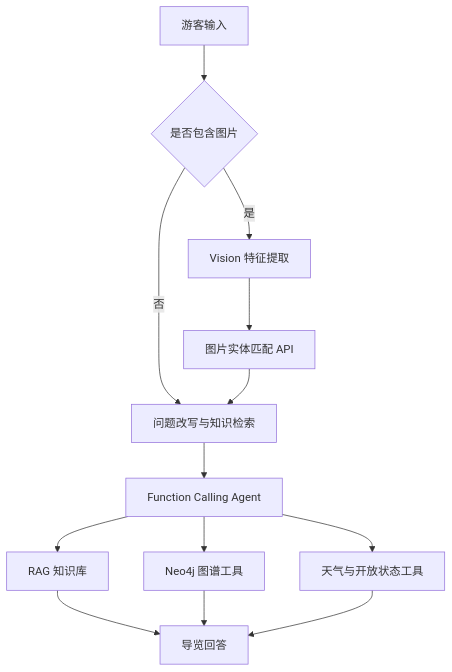
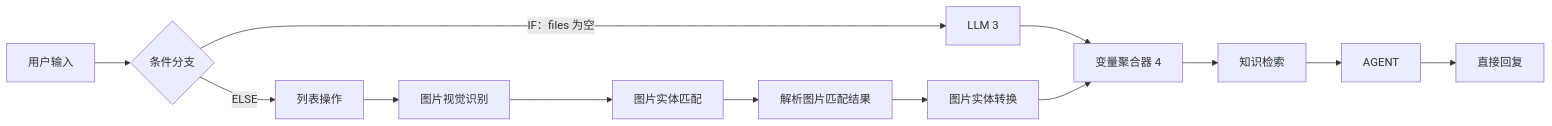
Before and after one commit to kloaria/scenic-agent: the diagram in README .md, drawn with Mermaid.

Commit message:
Update README .md

````diff
--- a/README .md
+++ b/README .md
@@ -66,15 +66,19 @@
 ```mermaid
-flowchart TD
-    U["游客输入"] --> R{"是否包含图片"}
-    R -- 否 --> Q["问题改写与知识检索"]
-    R -- 是 --> V["Vision 特征提取"]
-    V --> M["图片实体匹配 API"]
-    M --> Q
-    Q --> A["Function Calling Agent"]
-    A --> K["RAG 知识库"]
-    A --> G["Neo4j 图谱工具"]
-    A --> T["天气与开放状态工具"]
-    K --> O["导览回答"]
-    G --> O
-    T --> O
+flowchart LR
+    U["用户输入"] --> C{"条件分支"}
+
+    C -- "IF：files 为空" --> L3["LLM 3"]
+    C -- "ELSE" --> LO["列表操作"]
+
+    LO --> V["图片视觉识别"]
+    V --> IM["图片实体匹配"]
+    IM --> P["解析图片匹配结果"]
+    P --> E["图片实体转换"]
+
+    L3 --> VA["变量聚合器 4"]
+    E --> VA
+
+    VA --> K["知识检索"]
+    K --> A["AGENT"]
+    A --> O["直接回复"]
 ```
````
